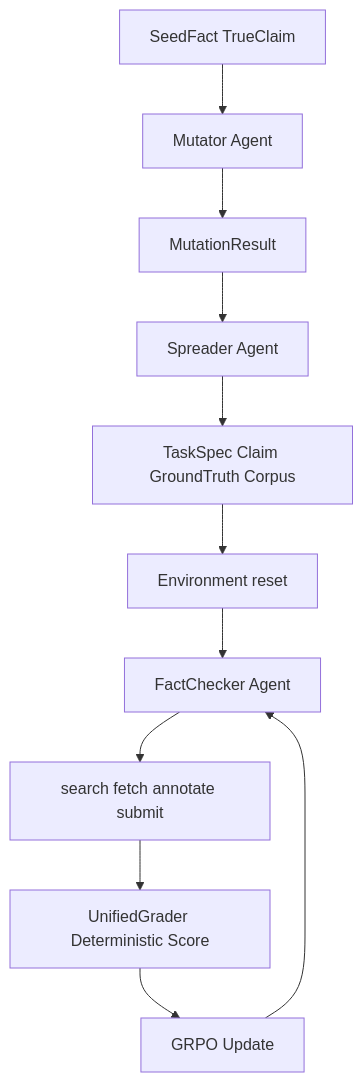
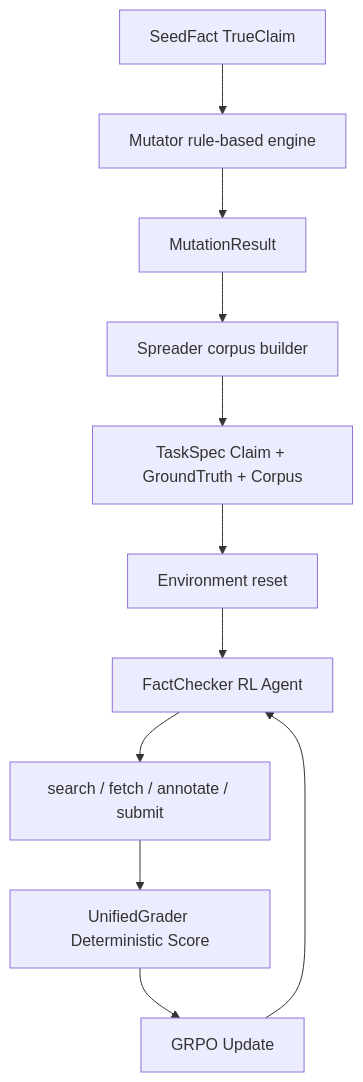
Before and after one commit to bajoriya-vaibhav/Meta_OpenEnv: the diagram in README.md, drawn with Mermaid. The commit also changed other lines of this file, not shown here.

````diff
--- a/README.md
+++ b/README.md
@@ -74,13 +76,13 @@
 ```mermaid
 flowchart TD
-    seedFact[SeedFact TrueClaim] --> mutator[Mutator Agent]
+    seedFact[SeedFact TrueClaim] --> mutator[Mutator rule-based engine]
     mutator --> mutationResult[MutationResult]
-    mutationResult --> spreader[Spreader Agent]
-    spreader --> taskSpec[TaskSpec Claim GroundTruth Corpus]
+    mutationResult --> spreader[Spreader corpus builder]
+    spreader --> taskSpec[TaskSpec Claim + GroundTruth + Corpus]
     taskSpec --> envReset[Environment reset]
-    envReset --> factChecker[FactChecker Agent]
-    factChecker --> envStep[search fetch annotate submit]
+    envReset --> factChecker[FactChecker RL Agent]
+    factChecker --> envStep[search / fetch / annotate / submit]
     envStep --> grader[UnifiedGrader Deterministic Score]
     grader --> trainingLoop[GRPO Update]
     trainingLoop --> factChecker
 ```
````
